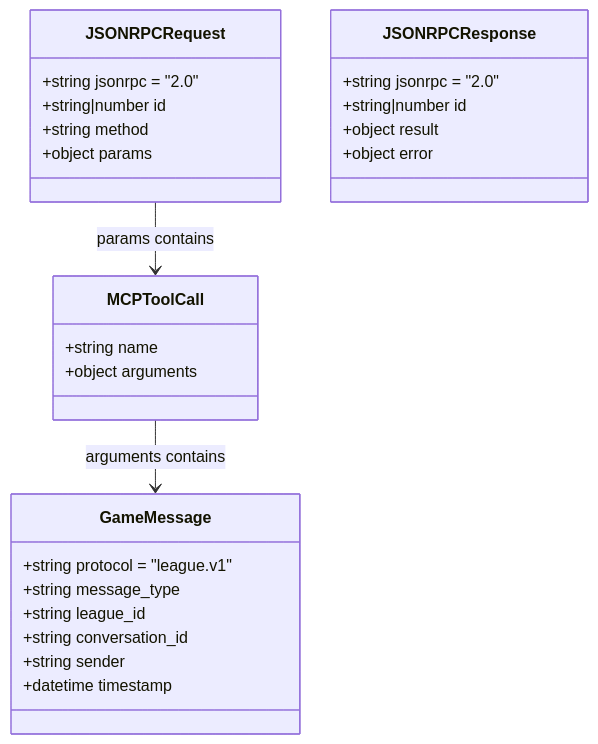
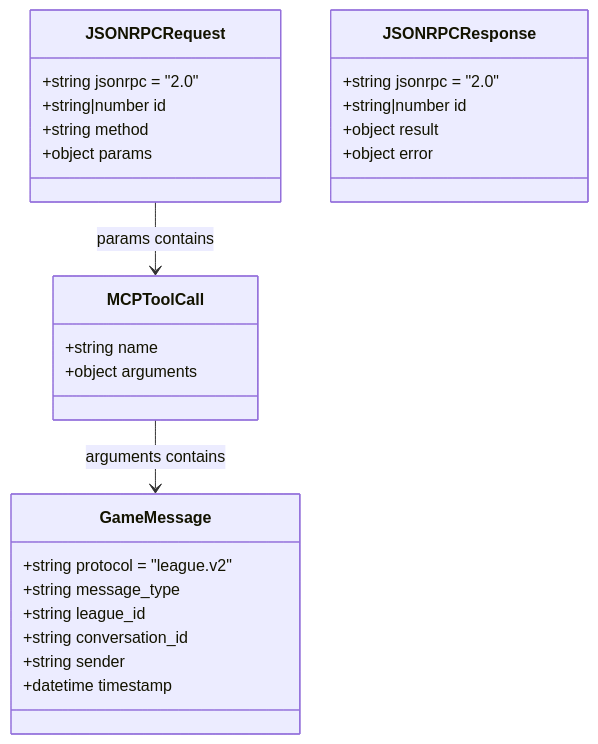
Before and after one commit to fouada/Assignment7_mcp-multi-agent-game: diagram 25 of 46 in docs/ARCHITECTURE.md, drawn with Mermaid. The commit also changed other lines of this file and 42 other files, not shown here.

````diff
--- a/docs/ARCHITECTURE.md
+++ b/docs/ARCHITECTURE.md
@@ -964,33 +966,33 @@
 ```mermaid
 classDiagram
     class JSONRPCRequest {
         +string jsonrpc = "2.0"
         +string|number id
         +string method
         +object params
     }
     
     class JSONRPCResponse {
         +string jsonrpc = "2.0"
         +string|number id
         +object result
         +object error
     }
     
     class MCPToolCall {
         +string name
         +object arguments
     }
     
     class GameMessage {
-        +string protocol = "league.v1"
+        +string protocol = "league.v2"
         +string message_type
         +string league_id
         +string conversation_id
         +string sender
         +datetime timestamp
     }
     
     JSONRPCRequest --> MCPToolCall : params contains
     MCPToolCall --> GameMessage : arguments contains
 ```
````
